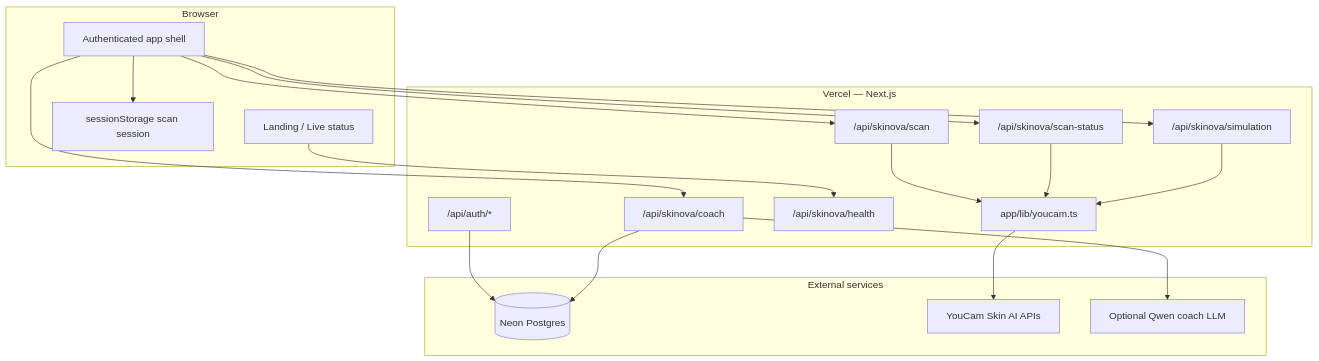
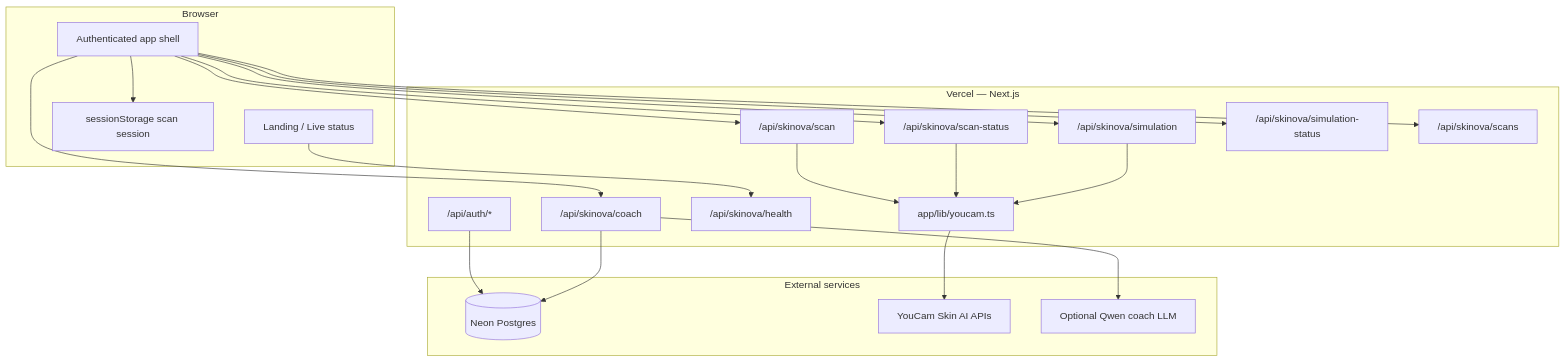
Before and after one commit to imawais-engineer/Skinova: the diagram in docs/ARCHITECTURE.md, drawn with Mermaid. The commit also changed other lines of this file and 1 other file, not shown here.

Commit message:
docs: minor architecture diagram sync for Neon persistence
Note preview_image_url/sample_id on user_scans, scans API hydration,
simulation-status route, and scan-db module map entries.

````diff
--- a/docs/ARCHITECTURE.md
+++ b/docs/ARCHITECTURE.md
@@ -9,38 +9,42 @@
 ```mermaid
 flowchart TB
   subgraph client [Browser]
     LP[Landing / Live status]
     APP[Authenticated app shell]
     SS[sessionStorage scan session]
   end
 
     subgraph vercel [Vercel — Next.js]
     AUTH["/api/auth/*"]
     SCAN["/api/skinova/scan"]
     POLL["/api/skinova/scan-status"]
     SIM["/api/skinova/simulation"]
+    SIM_POLL["/api/skinova/simulation-status"]
+    SCANS["/api/skinova/scans"]
     COACH["/api/skinova/coach"]
     HEALTH["/api/skinova/health"]
     LIB[app/lib/youcam.ts]
   end
 
   subgraph external [External services]
     NEON[(Neon Postgres)]
     YOUCAM[YouCam Skin AI APIs]
     LLM[Optional Qwen coach LLM]
   end
 
   LP --> HEALTH
   APP --> SCAN
   APP --> POLL
   APP --> SIM
+  APP --> SIM_POLL
+  APP --> SCANS
   APP --> COACH
   APP --> SS
   AUTH --> NEON
   SCAN --> LIB
   POLL --> LIB
   SIM --> LIB
   LIB --> YOUCAM
   COACH --> NEON
   COACH --> LLM
 ```
````
